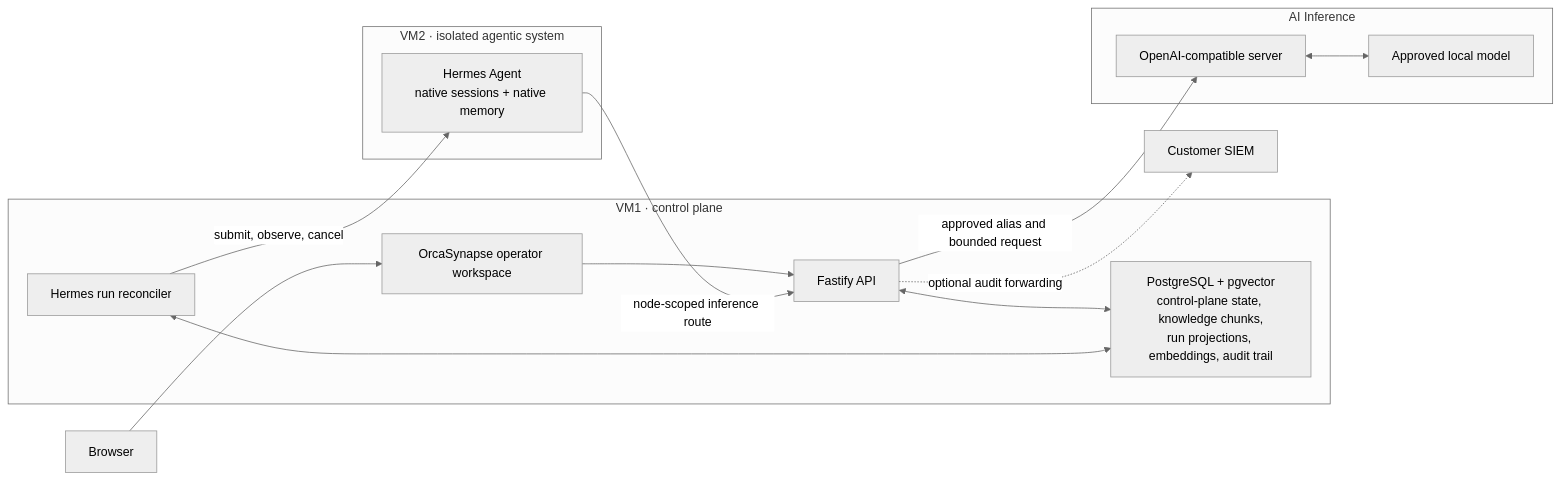
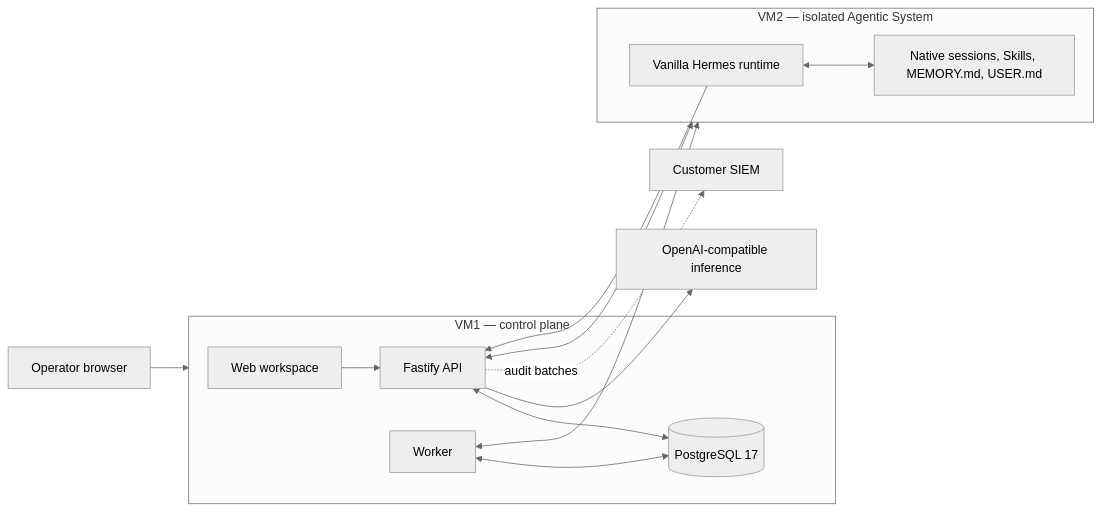
Before and after one commit to multichainerz/AI: the diagram in docs/ARCHITECTURE.md, drawn with Mermaid (neutral theme). The commit also changed other lines of this file and 257 other files, not shown here.

````diff
--- a/docs/ARCHITECTURE.md
+++ b/docs/ARCHITECTURE.md
@@ -7,23 +7,19 @@
 ```mermaid
 flowchart LR
-  USER["Browser"] --> WEB["OrcaSynapse operator workspace"]
-
-  subgraph VM1["VM1 · control plane"]
-    WEB --> API["Fastify API"]
-    API <--> PG["PostgreSQL + pgvector<br/>control-plane state, knowledge chunks,<br/>run projections, embeddings, audit trail"]
-    WORKER["Hermes run reconciler"] <--> PG
+  Browser[Operator browser] --> VM1
+  subgraph VM1[VM1 — control plane]
+    Web[Web workspace] --> API[Fastify API]
+    API <--> PG[(PostgreSQL 17)]
+    Worker[Worker] <--> PG
   end
-
-  subgraph VM2["VM2 · isolated agentic system"]
-    HERMES["Hermes Agent<br/>native sessions + native memory"]
+  API <--> VM2
+  Worker <--> VM2
+  subgraph VM2[VM2 — isolated Agentic System]
+    Hermes[Vanilla Hermes runtime]
+    Native[Native sessions, Skills, MEMORY.md, USER.md]
+    Hermes <--> Native
   end
-
-  subgraph GPU["AI Inference"]
-    SERVER["OpenAI-compatible server"] <--> MODEL["Approved local model"]
-  end
-
-  WORKER -->|"submit, observe, cancel"| HERMES
-  HERMES -->|"node-scoped inference route"| API
-  API -->|"approved alias and bounded request"| SERVER
-  API -.->|"optional audit forwarding"| SIEM["Customer SIEM"]
+  API --> Inference[OpenAI-compatible inference]
+  Hermes --> API
+  API -. audit batches .-> SIEM[Customer SIEM]
 ```
````
